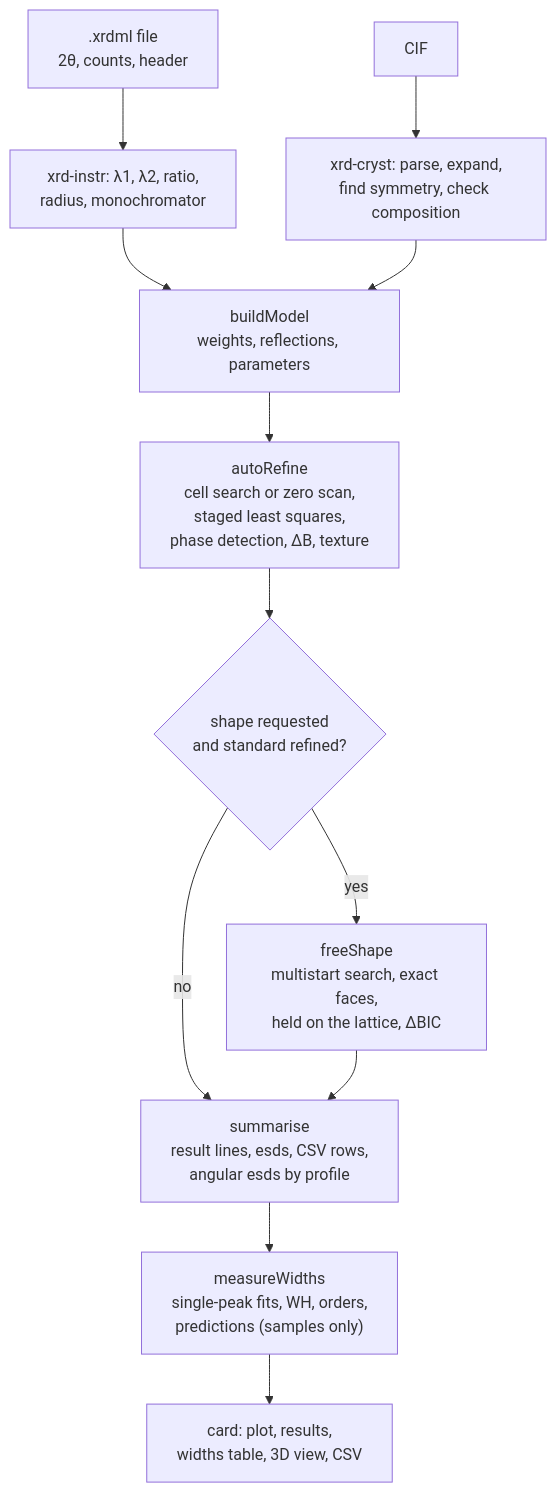
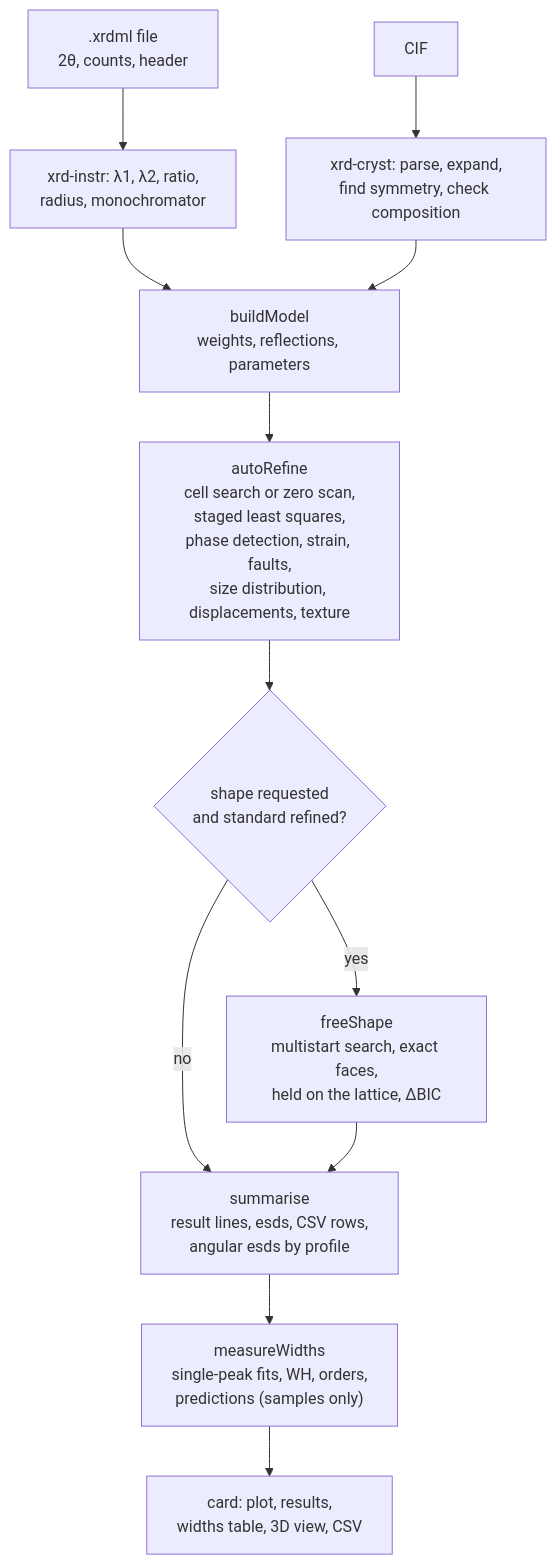
The diagram in RIETVELD.md (CeccoR/datatreat_beta), drawn with Mermaid before and after one commit. The commit also changed other lines of this file and 9 other files, not shown here.

First line of the commit message:
v424: Rietveld WPPM, log-normal sizes, Stephens strain, planar faults, B per site and Uij

````diff
--- a/RIETVELD.md
+++ b/RIETVELD.md
@@ -76,14 +81,14 @@
 ```mermaid
 flowchart TD
   A[".xrdml file<br/>2θ, counts, header"] --> B["xrd-instr: λ1, λ2, ratio,<br/>radius, monochromator"]
   C["CIF"] --> D["xrd-cryst: parse, expand,<br/>find symmetry, check composition"]
   B --> E["buildModel<br/>weights, reflections, parameters"]
   D --> E
-  E --> F["autoRefine<br/>cell search or zero scan,<br/>staged least squares,<br/>phase detection, ΔB, texture"]
+  E --> F["autoRefine<br/>cell search or zero scan,<br/>staged least squares,<br/>phase detection, strain, faults,<br/>size distribution, displacements, texture"]
   F --> G{"shape requested<br/>and standard refined?"}
   G -- yes --> H["freeShape<br/>multistart search, exact faces,<br/>held on the lattice, ΔBIC"]
   G -- no --> I
   H --> I["summarise<br/>result lines, esds, CSV rows,<br/>angular esds by profile"]
   I --> J["measureWidths<br/>single-peak fits, WH, orders,<br/>predictions (samples only)"]
   J --> K["card: plot, results,<br/>widths table, 3D view, CSV"]
 ```
````
